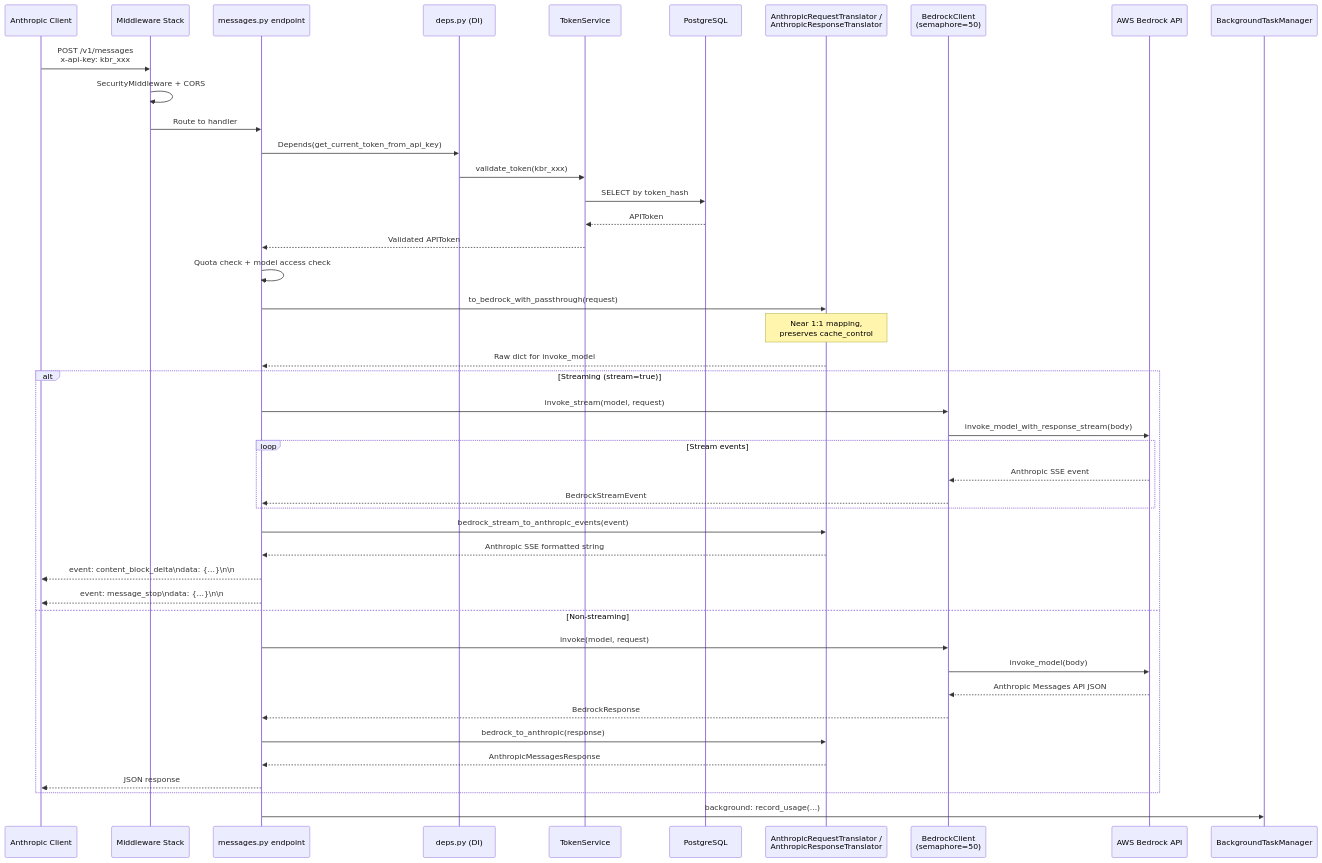
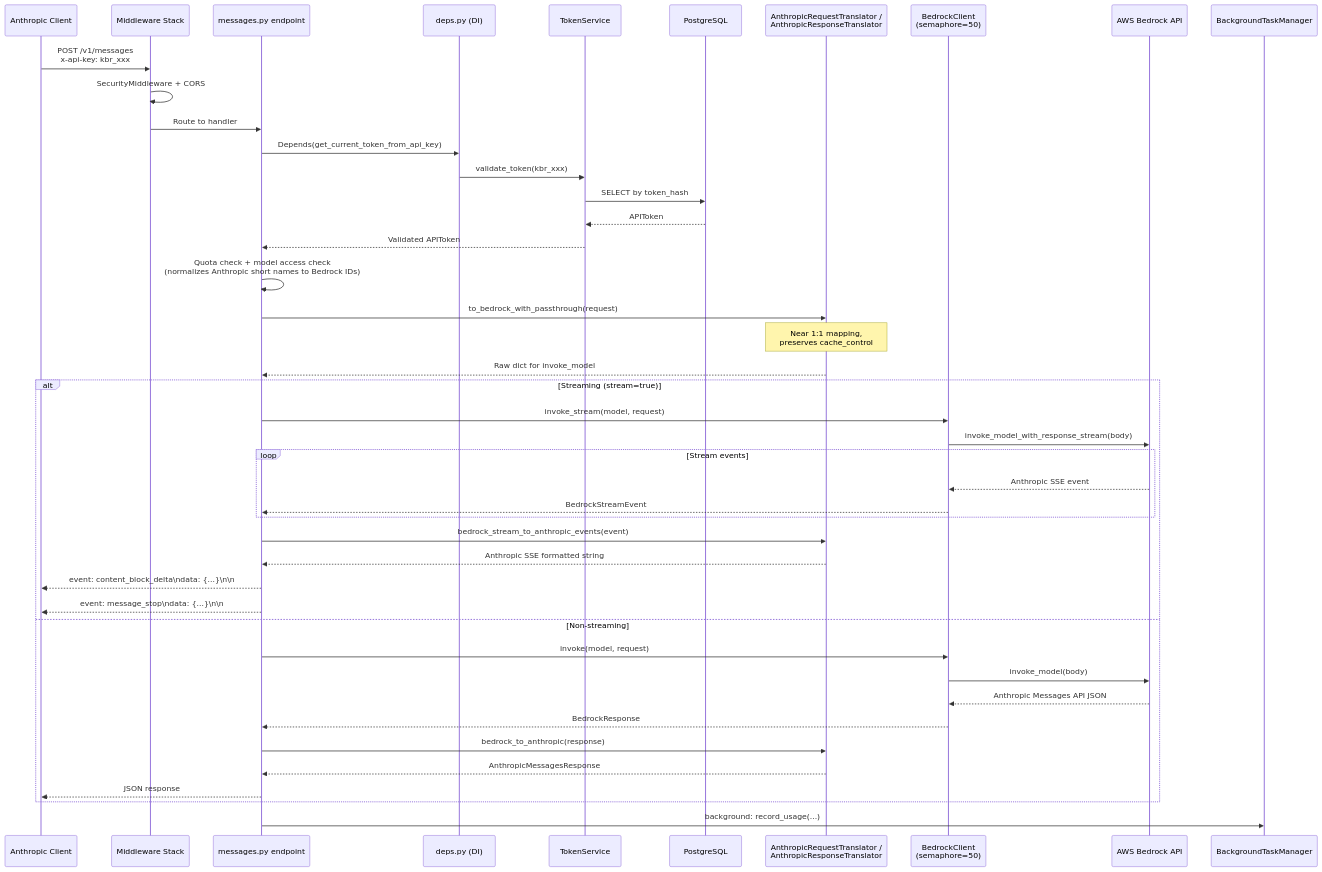
Before and after one commit to aws-samples/sample-kolya-br-proxy: the tenth of 11 diagrams in docs/architecture.md, drawn with Mermaid. The commit also changed other lines of this file and 3 other files, not shown here.

Commit message:
docs: update model name format and access control normalization

````diff
--- a/docs/architecture.md
+++ b/docs/architecture.md
@@ -789,52 +790,52 @@
 ```mermaid
 sequenceDiagram
     participant Client as Anthropic Client
     participant MW as Middleware Stack
     participant Msg as messages.py endpoint
     participant Deps as deps.py (DI)
     participant TokenSvc as TokenService
     participant DB as PostgreSQL
     participant Translator as AnthropicRequestTranslator /<br/>AnthropicResponseTranslator
     participant Bedrock as BedrockClient<br/>(semaphore=50)
     participant AWS as AWS Bedrock API
     participant BG as BackgroundTaskManager
 
     Client->>MW: POST /v1/messages<br/>x-api-key: kbr_xxx
     MW->>MW: SecurityMiddleware + CORS
     MW->>Msg: Route to handler
 
     Msg->>Deps: Depends(get_current_token_from_api_key)
     Deps->>TokenSvc: validate_token(kbr_xxx)
     TokenSvc->>DB: SELECT by token_hash
     DB-->>TokenSvc: APIToken
     TokenSvc-->>Msg: Validated APIToken
 
-    Msg->>Msg: Quota check + model access check
+    Msg->>Msg: Quota check + model access check<br/>(normalizes Anthropic short names to Bedrock IDs)
 
     Msg->>Translator: to_bedrock_with_passthrough(request)
     Note over Translator: Near 1:1 mapping,<br/>preserves cache_control
     Translator-->>Msg: Raw dict for invoke_model
 
     alt Streaming (stream=true)
         Msg->>Bedrock: invoke_stream(model, request)
         Bedrock->>AWS: invoke_model_with_response_stream(body)
         loop Stream events
             AWS-->>Bedrock: Anthropic SSE event
             Bedrock-->>Msg: BedrockStreamEvent
         end
         Msg->>Translator: bedrock_stream_to_anthropic_events(event)
         Translator-->>Msg: Anthropic SSE formatted string
         Msg-->>Client: event: content_block_delta\ndata: {...}\n\n
         Msg-->>Client: event: message_stop\ndata: {...}\n\n
     else Non-streaming
         Msg->>Bedrock: invoke(model, request)
         Bedrock->>AWS: invoke_model(body)
         AWS-->>Bedrock: Anthropic Messages API JSON
         Bedrock-->>Msg: BedrockResponse
         Msg->>Translator: bedrock_to_anthropic(response)
         Translator-->>Msg: AnthropicMessagesResponse
         Msg-->>Client: JSON response
     end
 
     Msg->>BG: background: record_usage(...)
 ```
````
